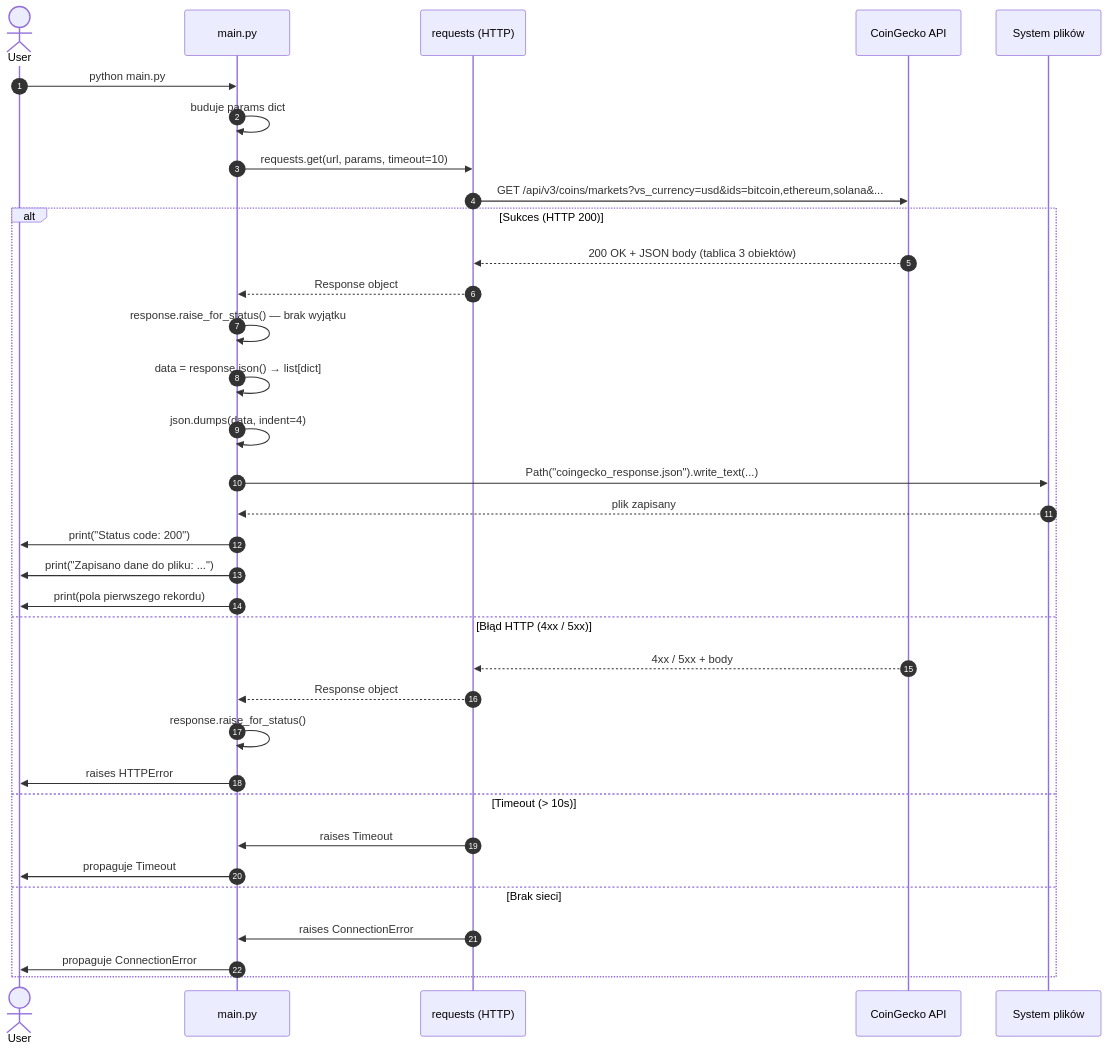
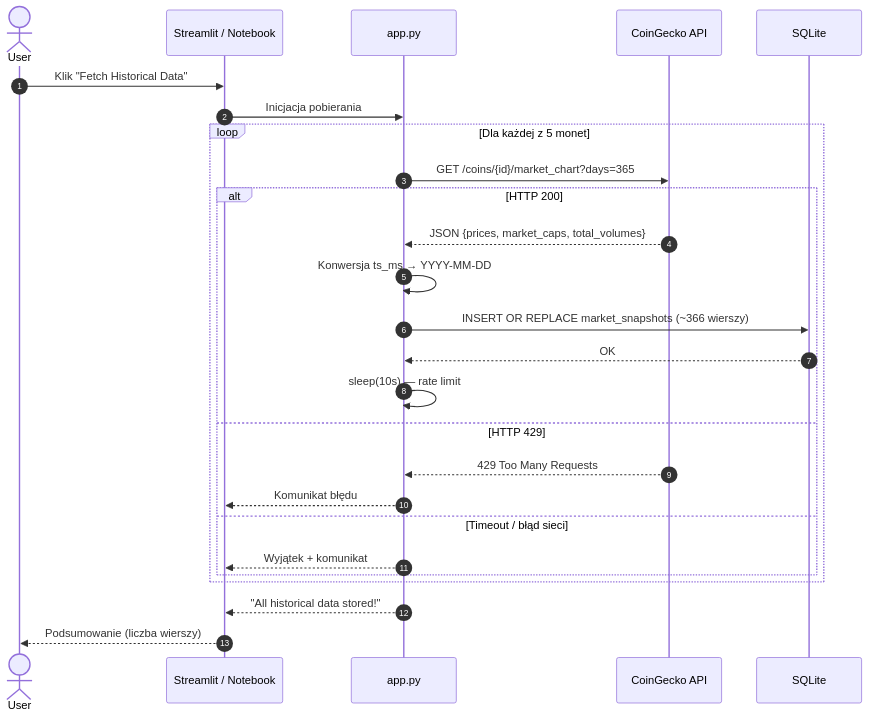
The third of 8 diagrams in .docs/diagrams.md (midusza04/coingeko_project), drawn with Mermaid before and after one commit. The commit also changed other lines of this file and 14 other files, not shown here.

````diff
--- a/.docs/diagrams.md
+++ b/.docs/diagrams.md
@@ -11,38 +92,31 @@
 ```mermaid
 sequenceDiagram
     autonumber
     actor User
-    participant Script as main.py
-    participant Requests as requests (HTTP)
-    participant CoinGecko as CoinGecko API
-    participant FS as System plików
+    participant UI as Streamlit / Notebook
+    participant App as app.py
+    participant API as CoinGecko API
+    participant DB as SQLite
 
-    User->>Script: python main.py
-    Script->>Script: buduje params dict
-    Script->>Requests: requests.get(url, params, timeout=10)
-    Requests->>CoinGecko: GET /api/v3/coins/markets?vs_currency=usd&ids=bitcoin,ethereum,solana&...
-    
-    alt Sukces (HTTP 200)
-        CoinGecko-->>Requests: 200 OK + JSON body (tablica 3 obiektów)
-        Requests-->>Script: Response object
-        Script->>Script: response.raise_for_status() — brak wyjątku
-        Script->>Script: data = response.json() → list[dict]
-        Script->>Script: json.dumps(data, indent=4)
-        Script->>FS: Path("coingecko_response.json").write_text(...)
-        FS-->>Script: plik zapisany
-        Script->>User: print("Status code: 200")
-        Script->>User: print("Zapisano dane do pliku: ...")
-        Script->>User: print(pola pierwszego rekordu)
-    else Błąd HTTP (4xx / 5xx)
-        CoinGecko-->>Requests: 4xx / 5xx + body
-        Requests-->>Script: Response object
-        Script->>Script: response.raise_for_status()
-        Script->>User: raises HTTPError
-    else Timeout (> 10s)
-        Requests->>Script: raises Timeout
-        Script->>User: propaguje Timeout
-    else Brak sieci
-        Requests->>Script: raises ConnectionError
-        Script->>User: propaguje ConnectionError
+    User->>UI: Klik "Fetch Historical Data"
+    UI->>App: Inicjacja pobierania
+
+    loop Dla każdej z 5 monet
+        App->>API: GET /coins/{id}/market_chart?days=365
+        alt HTTP 200
+            API-->>App: JSON {prices, market_caps, total_volumes}
+            App->>App: Konwersja ts_ms → YYYY-MM-DD
+            App->>DB: INSERT OR REPLACE market_snapshots (~366 wierszy)
+            DB-->>App: OK
+            App->>App: sleep(10s) — rate limit
+        else HTTP 429
+            API-->>App: 429 Too Many Requests
+            App-->>UI: Komunikat błędu
+        else Timeout / błąd sieci
+            App-->>UI: Wyjątek + komunikat
+        end
     end
+
+    App-->>UI: "All historical data stored!"
+    UI-->>User: Podsumowanie (liczba wierszy)
 ```
````
